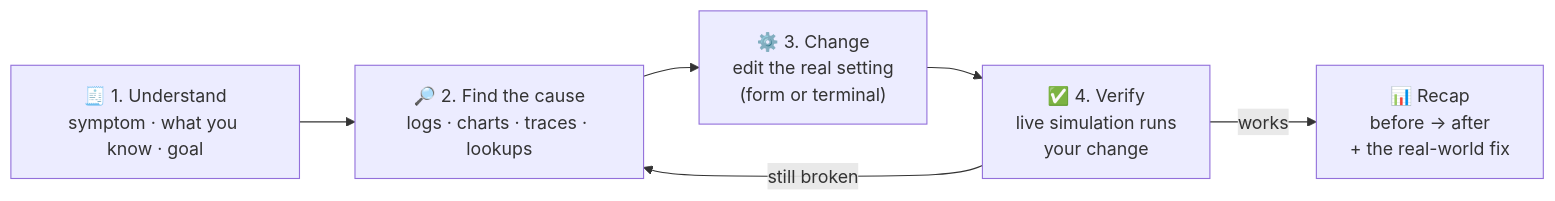
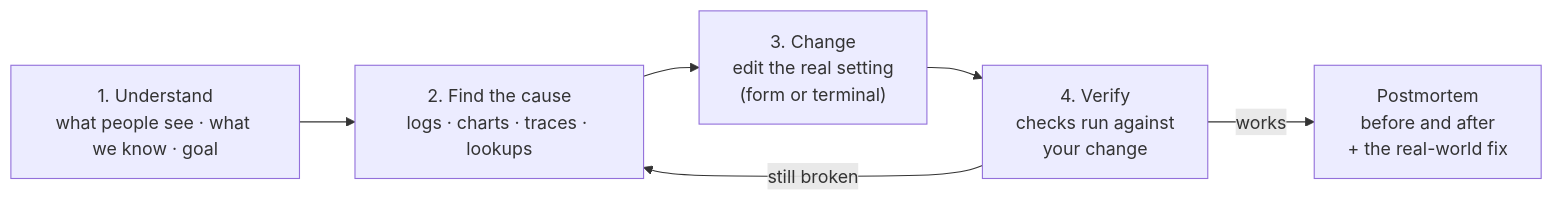
One commit to sharatvikas/ninefold changed the first of 2 diagrams in README.md. Above: the diagram before and after it, drawn with Mermaid. The commit also changed other lines of this file and 2 other files, not shown here.

````diff
--- a/README.md
+++ b/README.md
@@ -50,8 +49,8 @@
 ```mermaid
 flowchart LR
-    A["🧾 1. Understand<br/>symptom · what you know · goal"] --> B["🔎 2. Find the cause<br/>logs · charts · traces · lookups"]
-    B --> C["⚙️ 3. Change<br/>edit the real setting<br/>(form or terminal)"]
-    C --> D["✅ 4. Verify<br/>live simulation runs<br/>your change"]
+    A["1. Understand<br/>what people see · what we know · goal"] --> B["2. Find the cause<br/>logs · charts · traces · lookups"]
+    B --> C["3. Change<br/>edit the real setting<br/>(form or terminal)"]
+    C --> D["4. Verify<br/>checks run against<br/>your change"]
     D -- "still broken" --> B
-    D -- "works" --> E["📊 Recap<br/>before → after<br/>+ the real-world fix"]
+    D -- "works" --> E["Postmortem<br/>before and after<br/>+ the real-world fix"]
 ```
````
